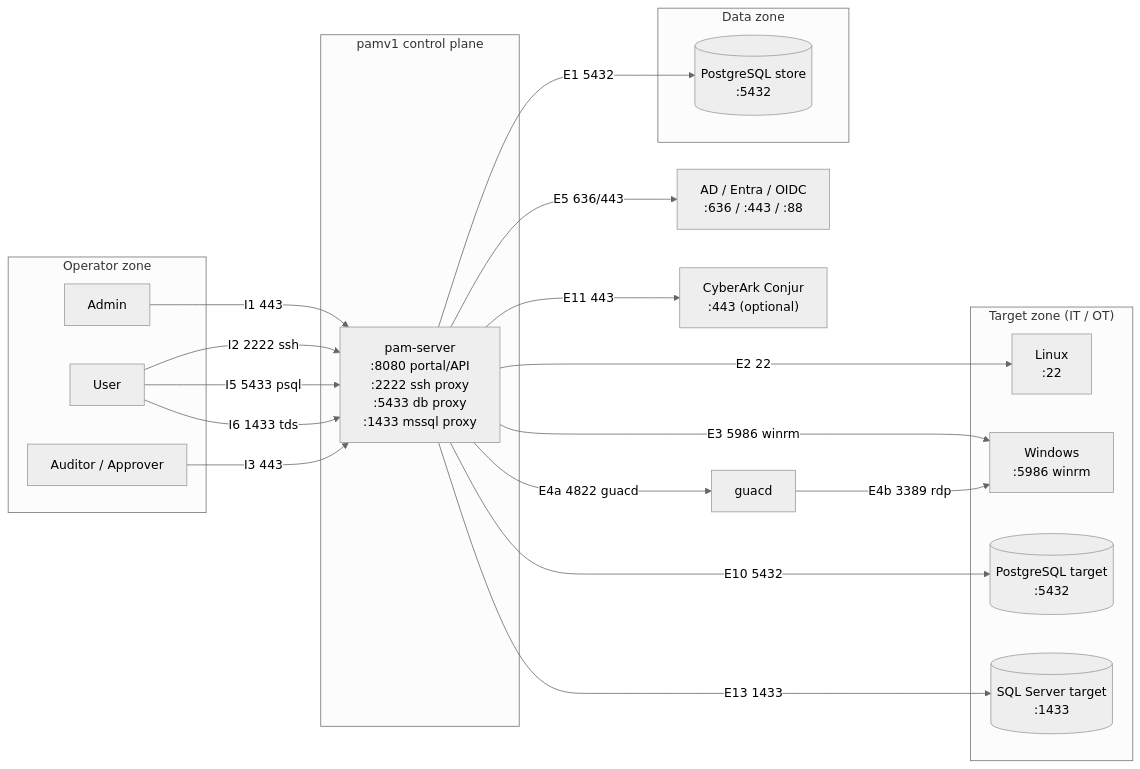
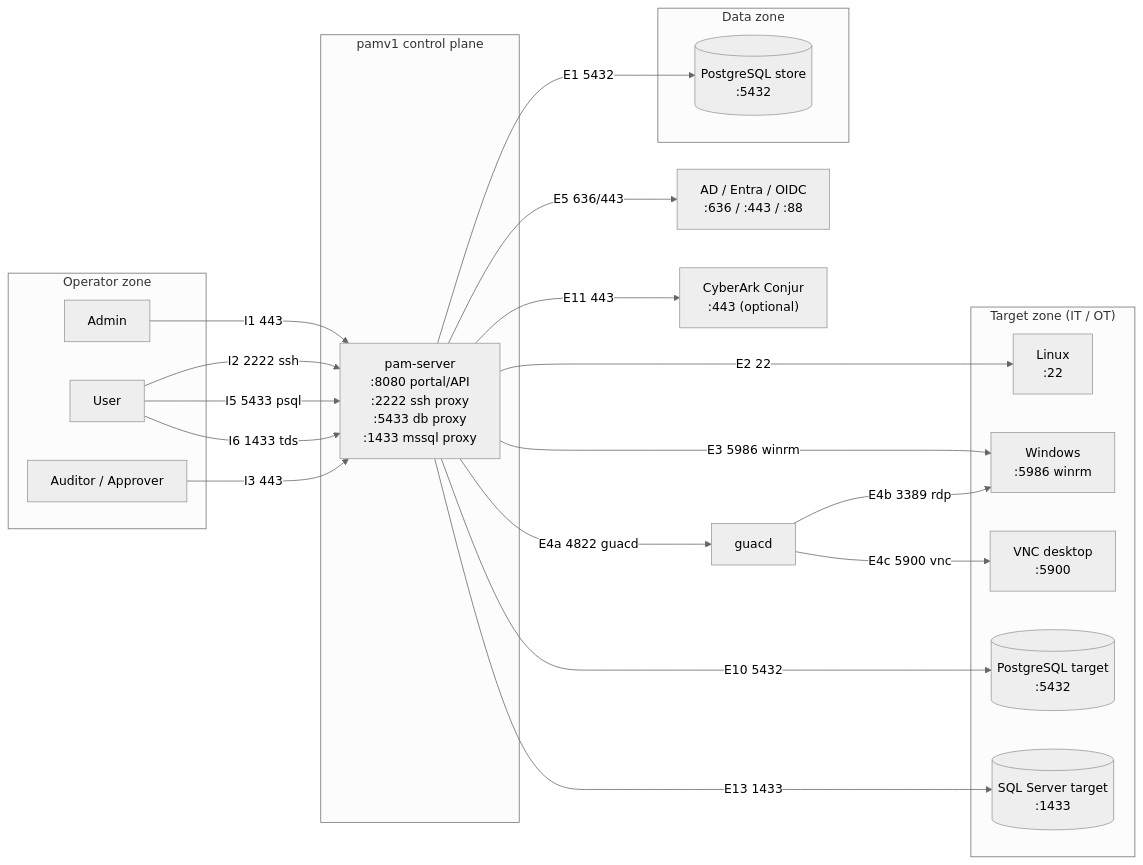
Before and after one commit to morandeirachema/PAMv1: the diagram in docs/PORTS-AND-FLOWS.md, drawn with Mermaid (neutral theme). The commit also changed other lines of this file and 27 other files, not shown here.

````diff
--- a/docs/PORTS-AND-FLOWS.md
+++ b/docs/PORTS-AND-FLOWS.md
@@ -89,37 +90,39 @@
 ```mermaid
 flowchart LR
     subgraph OPS["Operator zone"]
         A["Admin"]
         U["User"]
         R["Auditor / Approver"]
     end
     subgraph PAM["pamv1 control plane"]
         S["pam-server<br/>:8080 portal/API<br/>:2222 ssh proxy<br/>:5433 db proxy<br/>:1433 mssql proxy"]
     end
     subgraph DATA["Data zone"]
         DB[("PostgreSQL store<br/>:5432")]
     end
     subgraph TGT["Target zone (IT / OT)"]
         L["Linux<br/>:22"]
         W["Windows<br/>:5986 winrm"]
+        V["VNC desktop<br/>:5900"]
         PG[("PostgreSQL target<br/>:5432")]
         MS[("SQL Server target<br/>:1433")]
     end
     ID["AD / Entra / OIDC<br/>:636 / :443 / :88"]
     CJ["CyberArk Conjur<br/>:443 (optional)"]
 
     A -->|"I1 443"| S
     U -->|"I2 2222 ssh"| S
     U -->|"I5 5433 psql"| S
     U -->|"I6 1433 tds"| S
     R -->|"I3 443"| S
     S -->|"E1 5432"| DB
     S -->|"E2 22"| L
     S -->|"E3 5986 winrm"| W
     S -->|"E4a 4822 guacd"| G["guacd"]
     G -->|"E4b 3389 rdp"| W
+    G -->|"E4c 5900 vnc"| V
     S -->|"E10 5432"| PG
     S -->|"E13 1433"| MS
     S -->|"E5 636/443"| ID
     S -->|"E11 443"| CJ
 ```
````
